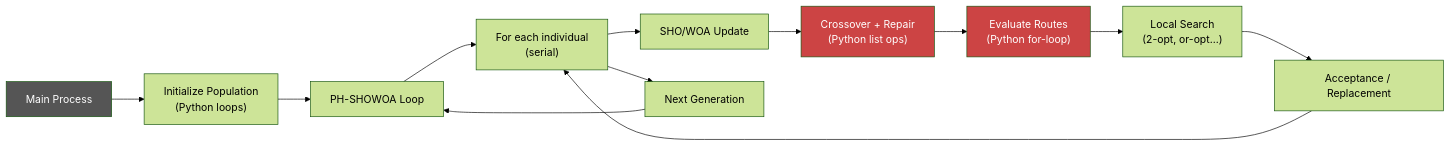
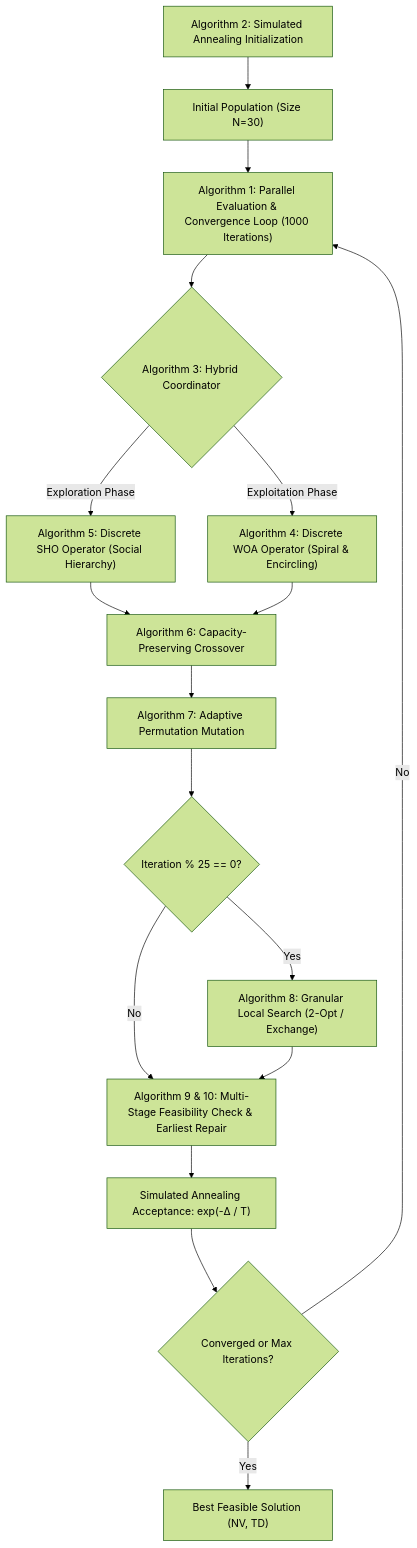
One commit to keith1101/PH-SHOWOA changed the diagram in README.md. Above: the diagram before and after it, drawn with Mermaid (forest theme). The commit also changed other lines of this file and 210 other files, not shown here.

````diff
--- a/README.md
+++ b/README.md
@@ -204,18 +57,19 @@
 ```mermaid
-flowchart LR
-    A["Main Process"] --> B["Initialize Population<br/>(Python loops)"]
-    B --> C["PH-SHOWOA Loop"]
-    C --> D["For each individual<br/>(serial)"]
-    D --> E["SHO/WOA Update"]
-    E --> F["Crossover + Repair<br/>(Python list ops)"]
-    F --> G["Evaluate Routes<br/>(Python for-loop)"]
-    G --> H["Local Search<br/>(2-opt, or-opt...)"]
-    H --> I["Acceptance / Replacement"]
-    I --> D
-    D --> J["Next Generation"]
-    J --> C
-
-    style A fill:#555,color:#fff
-    style G fill:#c44,color:#fff
-    style F fill:#c44,color:#fff
+flowchart TD
+    A["Algorithm 2: Simulated Annealing Initialization"] --> B["Initial Population (Size N=30)"]
+    B --> C["Algorithm 1: Parallel Evaluation & Convergence Loop (1000 Iterations)"]
+    C --> D{"Algorithm 3: Hybrid Coordinator"}
+    D -- "Exploration Phase" --> E["Algorithm 5: Discrete SHO Operator (Social Hierarchy)"]
+    D -- "Exploitation Phase" --> F["Algorithm 4: Discrete WOA Operator (Spiral & Encircling)"]
+    E --> G["Algorithm 6: Capacity-Preserving Crossover"]
+    F --> G
+    G --> H["Algorithm 7: Adaptive Permutation Mutation"]
+    H --> I{"Iteration % 25 == 0?"}
+    I -- "Yes" --> J["Algorithm 8: Granular Local Search (2-Opt / Exchange)"]
+    I -- "No" --> K["Algorithm 9 & 10: Multi-Stage Feasibility Check & Earliest Repair"]
+    J --> K
+    K --> L["Simulated Annealing Acceptance: exp(-Δ / T)"]
+    L --> M{"Converged or Max Iterations?"}
+    M -- "No" --> C
+    M -- "Yes" --> N["Best Feasible Solution (NV, TD)"]
 ```
````
